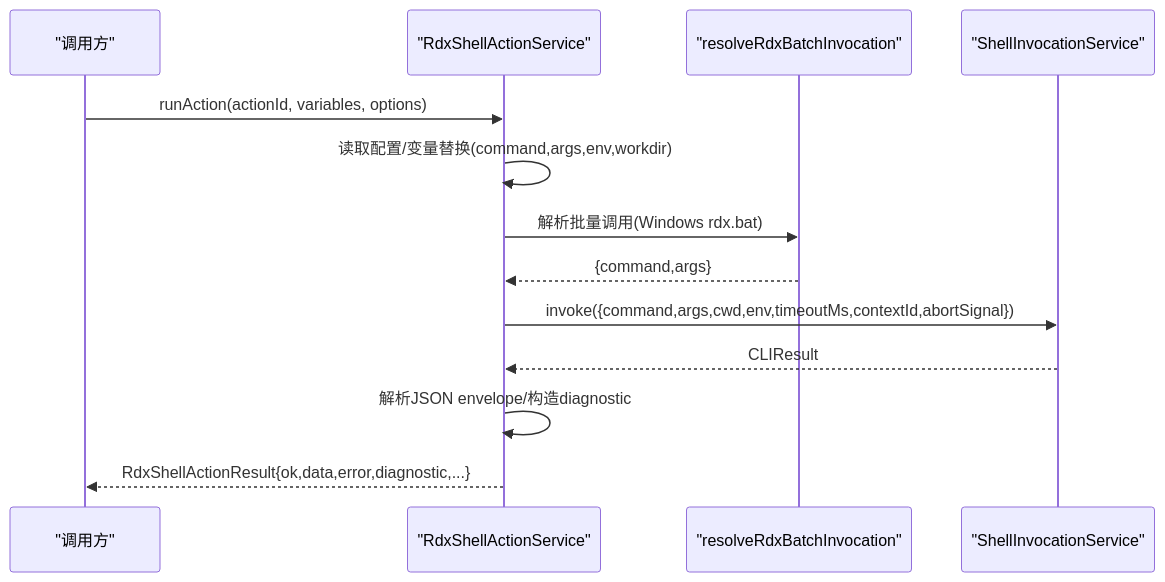
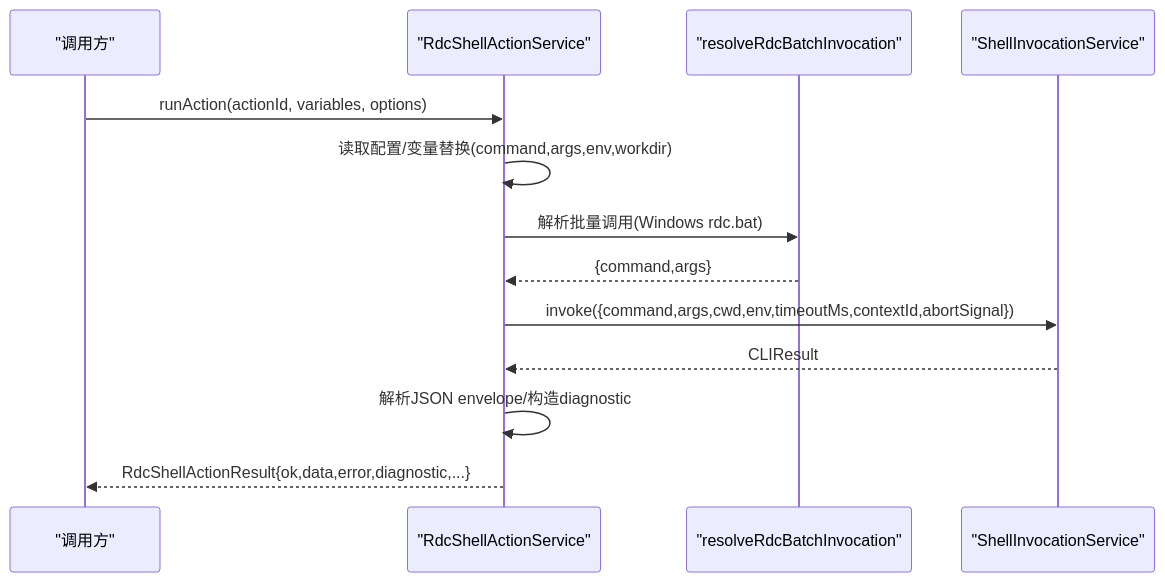
Before and after one commit to haolange/RDC-Agent: the fifth of 6 diagrams in .qoder/repowiki/zh/content/核心模块/工具系统/Shell 执行服务.md, drawn with Mermaid. The commit also changed other lines of this file and 557 other files, not shown here.

````diff
--- a/.qoder/repowiki/zh/content/核心模块/工具系统/Shell 执行服务.md
+++ b/.qoder/repowiki/zh/content/核心模块/工具系统/Shell 执行服务.md
@@ -193,15 +193,15 @@
 ```mermaid
 sequenceDiagram
 participant Caller as "调用方"
-participant Action as "RdxShellActionService"
-participant Resolve as "resolveRdxBatchInvocation"
+participant Action as "RdcShellActionService"
+participant Resolve as "resolveRdcBatchInvocation"
 participant Svc as "ShellInvocationService"
 Caller->>Action : runAction(actionId, variables, options)
 Action->>Action : 读取配置/变量替换(command,args,env,workdir)
-Action->>Resolve : 解析批量调用(Windows rdx.bat)
+Action->>Resolve : 解析批量调用(Windows rdc.bat)
 Resolve-->>Action : {command,args}
 Action->>Svc : invoke({command,args,cwd,env,timeoutMs,contextId,abortSignal})
 Svc-->>Action : CLIResult
 Action->>Action : 解析JSON envelope/构造diagnostic
-Action-->>Caller : RdxShellActionResult{ok,data,error,diagnostic,...}
+Action-->>Caller : RdcShellActionResult{ok,data,error,diagnostic,...}
 ```
````
